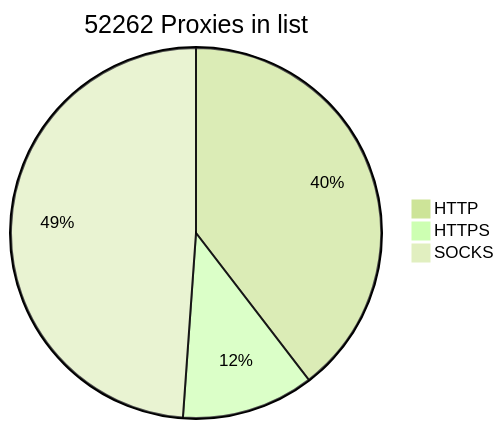
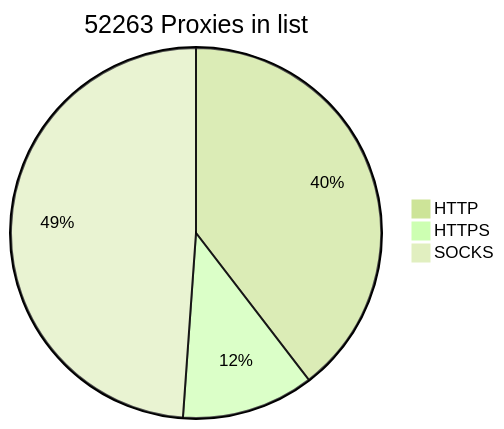
Before and after one commit to BlackSnowDot/proxylist-update-every-minute: the diagram in README.md, drawn with Mermaid (forest theme).

````diff
--- a/README.md
+++ b/README.md
@@ -2,6 +2,6 @@
 ```mermaid
-pie title 52262 Proxies in list
+pie title 52263 Proxies in list
     "HTTP" : 23033
     "HTTPS": 6723
-    "SOCKS" : 28444
+    "SOCKS" : 28445
 ```
````
